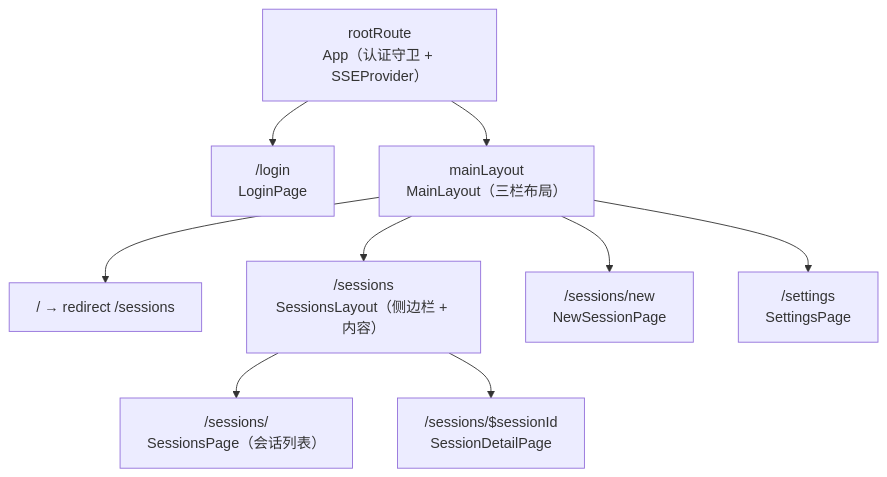
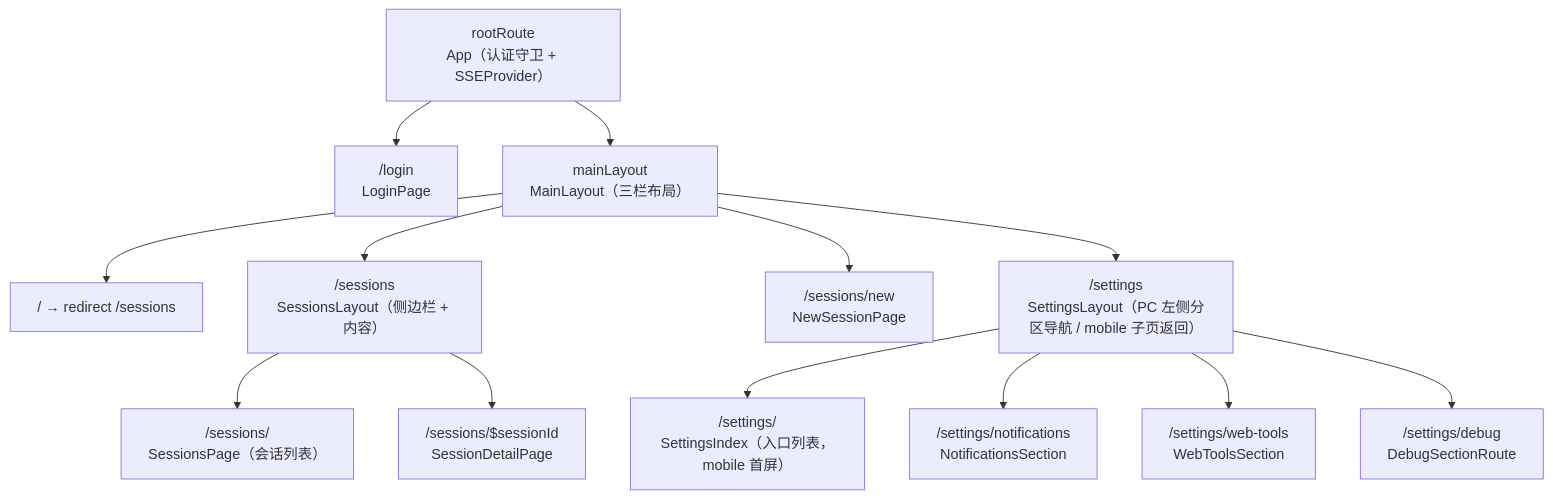
The second of 5 diagrams in docs/architecture/web/README.md (ModuBit/mobi), drawn with Mermaid before and after one commit. The commit also changed other lines of this file and 3 other files, not shown here.

````diff
--- a/docs/architecture/web/README.md
+++ b/docs/architecture/web/README.md
@@ -388,17 +393,22 @@
 ```mermaid
 graph TD
     Root["rootRoute<br/>App（认证守卫 + SSEProvider）"]
     Login["/login<br/>LoginPage"]
     Main["mainLayout<br/>MainLayout（三栏布局）"]
 
     Root --> Login
     Root --> Main
 
     Main --> Index["/ → redirect /sessions"]
     Main --> SessionsLayout["/sessions<br/>SessionsLayout（侧边栏 + 内容）"]
     Main --> NewSession["/sessions/new<br/>NewSessionPage"]
-    Main --> Settings["/settings<br/>SettingsPage"]
+    Main --> Settings["/settings<br/>SettingsLayout（PC 左侧分区导航 / mobile 子页返回）"]
 
     SessionsLayout --> SessionList["/sessions/<br/>SessionsPage（会话列表）"]
     SessionsLayout --> SessionDetail["/sessions/$sessionId<br/>SessionDetailPage"]
+
+    Settings --> SettingsIndex["/settings/<br/>SettingsIndex（入口列表，mobile 首屏）"]
+    Settings --> Notifications["/settings/notifications<br/>NotificationsSection"]
+    Settings --> WebTools["/settings/web-tools<br/>WebToolsSection"]
+    Settings --> Debug["/settings/debug<br/>DebugSectionRoute"]
 ```
````
